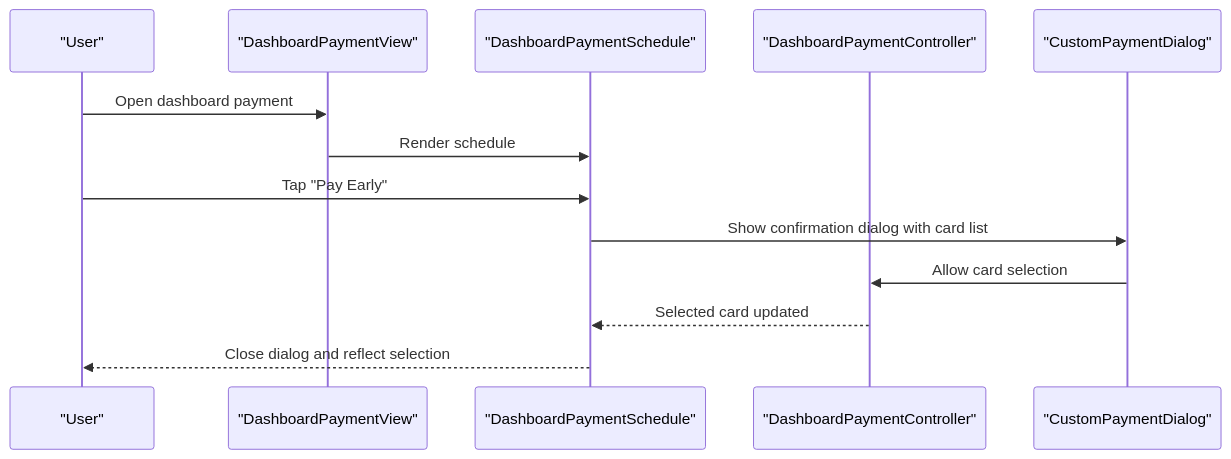
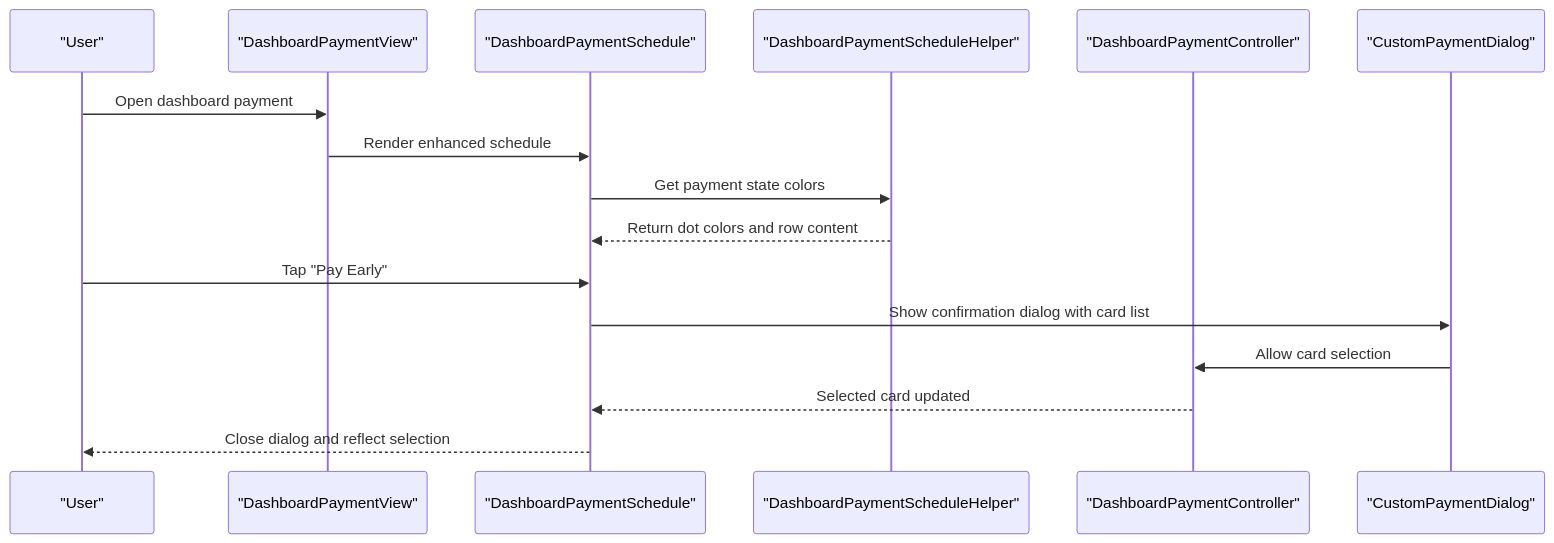
The sixth of 8 diagrams in .qoder/repowiki/en/content/Core Features/E-commerce Platform/Payment Processing System.md (Ariful3111/FurniGo), drawn with Mermaid before and after one commit. The commit also changed other lines of this file and 10 other files, not shown here.

````diff
--- a/.qoder/repowiki/en/content/Core Features/E-commerce Platform/Payment Processing System.md
+++ b/.qoder/repowiki/en/content/Core Features/E-commerce Platform/Payment Processing System.md
@@ -306,15 +396,18 @@
 ```mermaid
 sequenceDiagram
 participant U as "User"
 participant DPV as "DashboardPaymentView"
 participant DPS as "DashboardPaymentSchedule"
+participant DPSH as "DashboardPaymentScheduleHelper"
 participant DPC as "DashboardPaymentController"
 participant CD as "CustomPaymentDialog"
 U->>DPV : Open dashboard payment
-DPV->>DPS : Render schedule
+DPV->>DPS : Render enhanced schedule
+DPS->>DPSH : Get payment state colors
+DPSH-->>DPS : Return dot colors and row content
 U->>DPS : Tap "Pay Early"
 DPS->>CD : Show confirmation dialog with card list
 CD->>DPC : Allow card selection
 DPC-->>DPS : Selected card updated
 DPS-->>U : Close dialog and reflect selection
 ```
````
